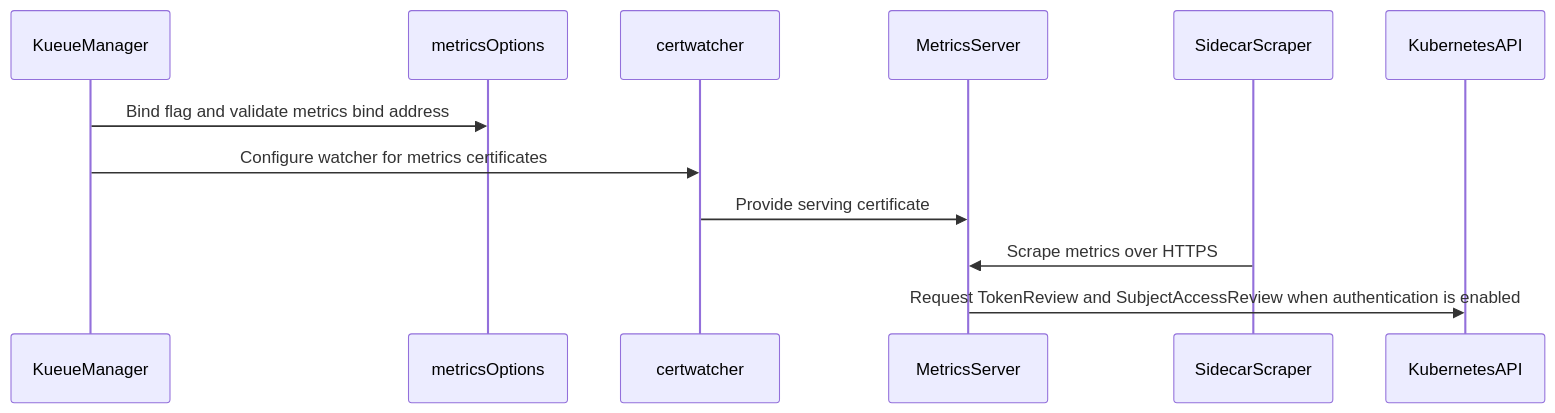
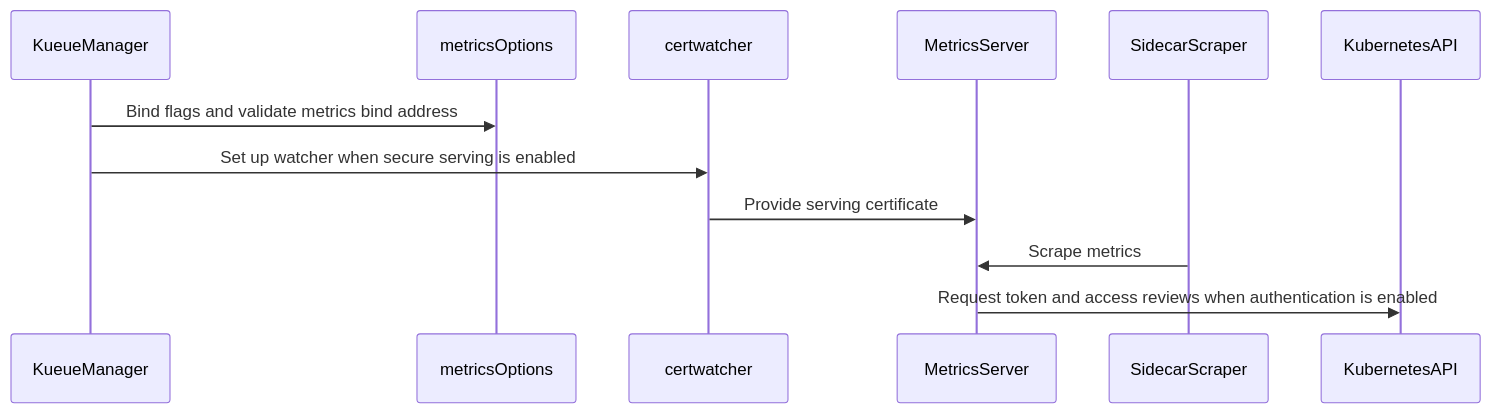
Before and after one commit to reruno/kueue-llm-wiki: the diagram in raw/github/kubernetes-sigs__kueue/pr-16035.md, drawn with Mermaid. The commit also changed other lines of this file and 1468 other files, not shown here.

Commit message:
[data-collection] 978 new,491 updated items from kubernetes-sigs/kueue, kueue@8922c563e

````diff
--- a/raw/github/kubernetes-sigs__kueue/pr-16035.md
+++ b/raw/github/kubernetes-sigs__kueue/pr-16035.md
@@ -184,14 +235,14 @@
 ```mermaid
 sequenceDiagram
   participant KueueManager
   participant metricsOptions
   participant certwatcher
   participant MetricsServer
   participant SidecarScraper
   participant KubernetesAPI
-  KueueManager->>metricsOptions: Bind flag and validate metrics bind address
-  KueueManager->>certwatcher: Configure watcher for metrics certificates
+  KueueManager->>metricsOptions: Bind flags and validate metrics bind address
+  KueueManager->>certwatcher: Set up watcher when secure serving is enabled
   certwatcher->>MetricsServer: Provide serving certificate
-  SidecarScraper->>MetricsServer: Scrape metrics over HTTPS
-  MetricsServer->>KubernetesAPI: Request TokenReview and SubjectAccessReview when authentication is enabled
+  SidecarScraper->>MetricsServer: Scrape metrics
+  MetricsServer->>KubernetesAPI: Request token and access reviews when authentication is enabled
 ```
````
